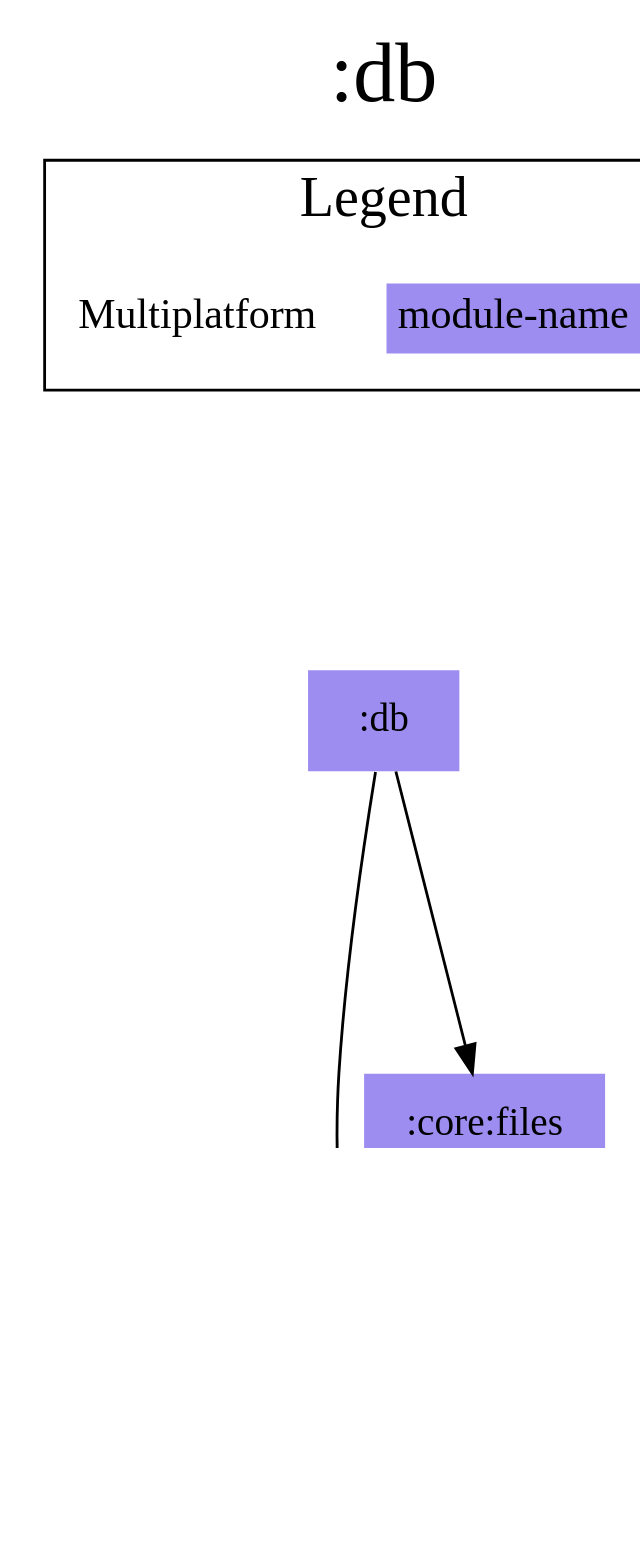
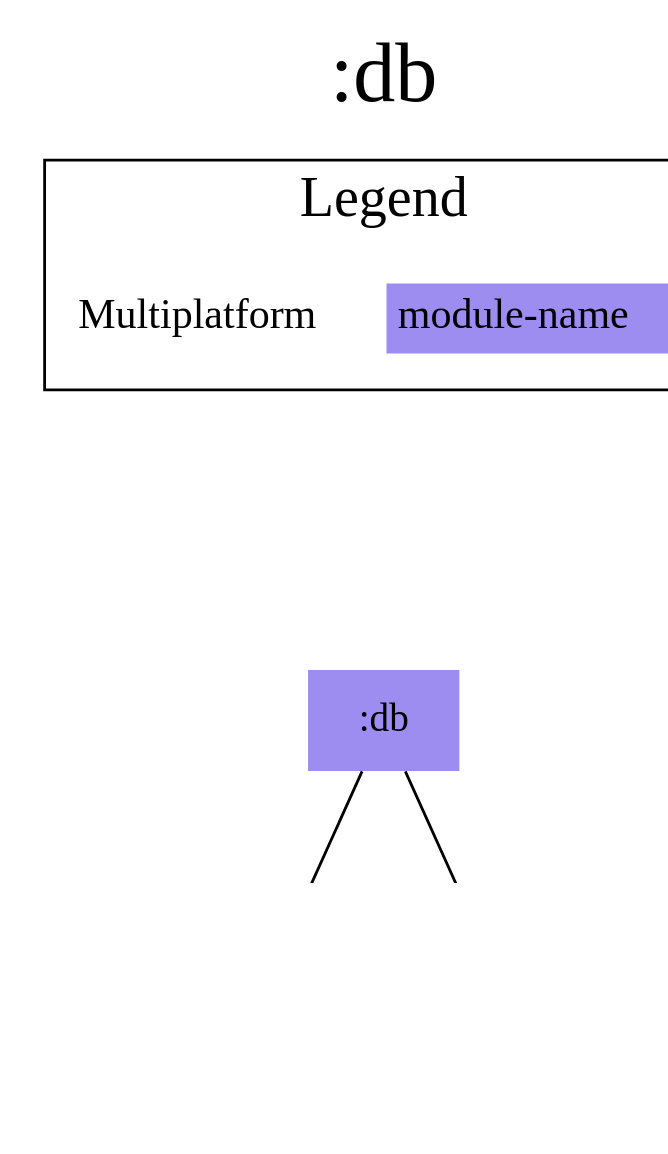
The diagram in modules/db/modules.dot (jonapoul/aktual), drawn with Graphviz before and after one commit. The commit also changed 51 other files, not shown here.

```diff
--- a/modules/db/modules.dot
+++ b/modules/db/modules.dot
@@ -1,24 +1,23 @@
 digraph {
 edge ["dir"="forward"]
 graph ["dpi"="100","label"=":db","labelloc"="t","fontsize"="30","ranksep"="1.5","rankdir"="TB"]
 node ["style"="filled"]
 ":budget:model" ["fillcolor"="#9D8DF1","shape"="none"]
-":core:files" ["fillcolor"="#9D8DF1","shape"="none"]
+":core:model" ["fillcolor"="#9D8DF1","shape"="none"]
 ":db" ["fillcolor"="#9D8DF1","shape"="none"]
 {
 edge ["dir"="none"]
 graph ["rank"="same"]
 }
-":core:files" -> ":budget:model"
 ":db" -> ":budget:model"
-":db" -> ":core:files"
+":db" -> ":core:model"
 subgraph "cluster_legend" {
 edge ["dir"="none"]
 graph ["label"="Legend","fontsize"="20"]
 "Legend" ["style"="filled","fillcolor"="#FFFFFF","shape"="none","margin"="0","fontsize"="15","label"=<
 <TABLE BORDER="0" CELLBORDER="0" CELLSPACING="0" CELLPADDING="4">
 <TR><TD>Multiplatform</TD><TD BGCOLOR="#9D8DF1">module-name</TD></TR>
 </TABLE>
 >]
 } -> ":db" ["style"="invis"]
 }
```
